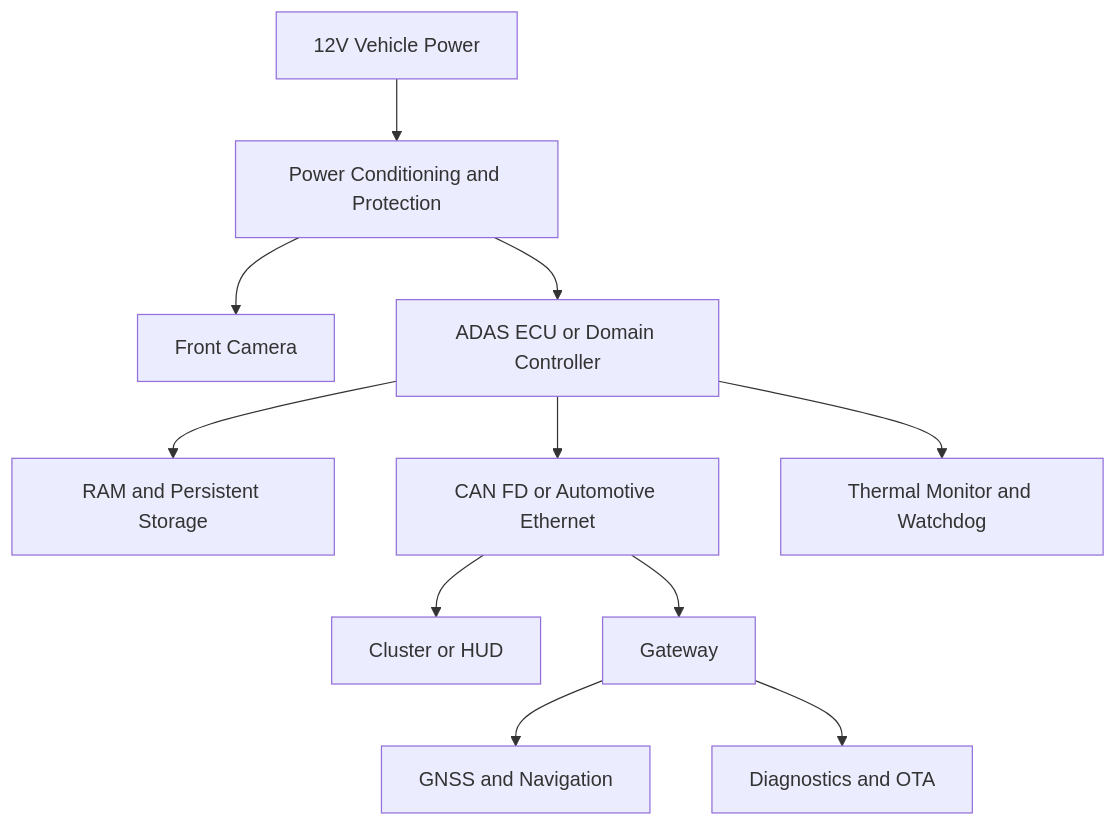
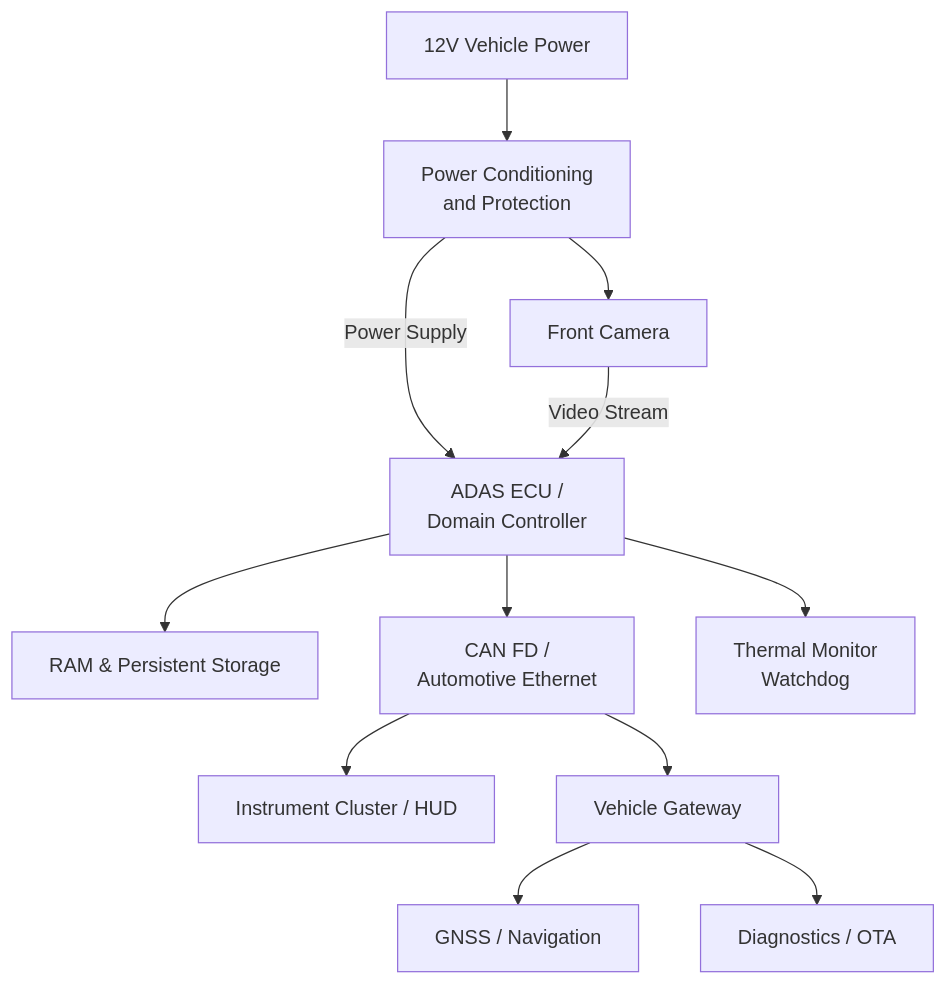
One commit to LeNguyenHaiDuong/adas-tsr changed the tenth of 48 diagrams in research/1.research_tsr_three_part_unified.md. Above: the diagram before and after it, drawn with Mermaid. The commit also changed other lines of this file, not shown here.

````diff
--- a/research/1.research_tsr_three_part_unified.md
+++ b/research/1.research_tsr_three_part_unified.md
@@ -525,13 +531,65 @@
 ```mermaid
 flowchart TD
-    A[12V Vehicle Power] --> B[Power Conditioning and Protection]
-    B --> C[Front Camera]
-    B --> D[ADAS ECU or Domain Controller]
-    D --> E[RAM and Persistent Storage]
-    D --> F[CAN FD or Automotive Ethernet]
-    F --> G[Cluster or HUD]
-    F --> H[Gateway]
-    H --> I[GNSS and Navigation]
-    H --> J[Diagnostics and OTA]
-    D --> K[Thermal Monitor and Watchdog]
+
+%% =========================
+%% POWER
+%% =========================
+
+PWR["12V Vehicle Power"]
+PMU["Power Conditioning<br/>and Protection"]
+
+PWR --> PMU
+
+%% =========================
+%% DEVICES
+%% =========================
+
+CAM["Front Camera"]
+
+ECU["ADAS ECU /<br/>Domain Controller"]
+
+RAM["RAM & Persistent Storage"]
+
+NET["CAN FD /<br/>Automotive Ethernet"]
+
+CLUSTER["Instrument Cluster / HUD"]
+
+GW["Vehicle Gateway"]
+
+NAV["GNSS / Navigation"]
+
+OTA["Diagnostics / OTA"]
+
+MON["Thermal Monitor<br/>Watchdog"]
+
+%% =========================
+%% POWER CONNECTION
+%% =========================
+
+PMU --> CAM
+PMU -- Power Supply --> ECU
+
+%% =========================
+%% VIDEO PIPELINE
+%% =========================
+
+CAM -- Video Stream --> ECU
+
+%% =========================
+%% INTERNAL ECU
+%% =========================
+
+ECU --> RAM
+ECU --> MON
+ECU --> NET
+
+%% =========================
+%% VEHICLE NETWORK
+%% =========================
+
+NET --> CLUSTER
+NET --> GW
+
+GW --> NAV
+GW --> OTA
 ```
````
